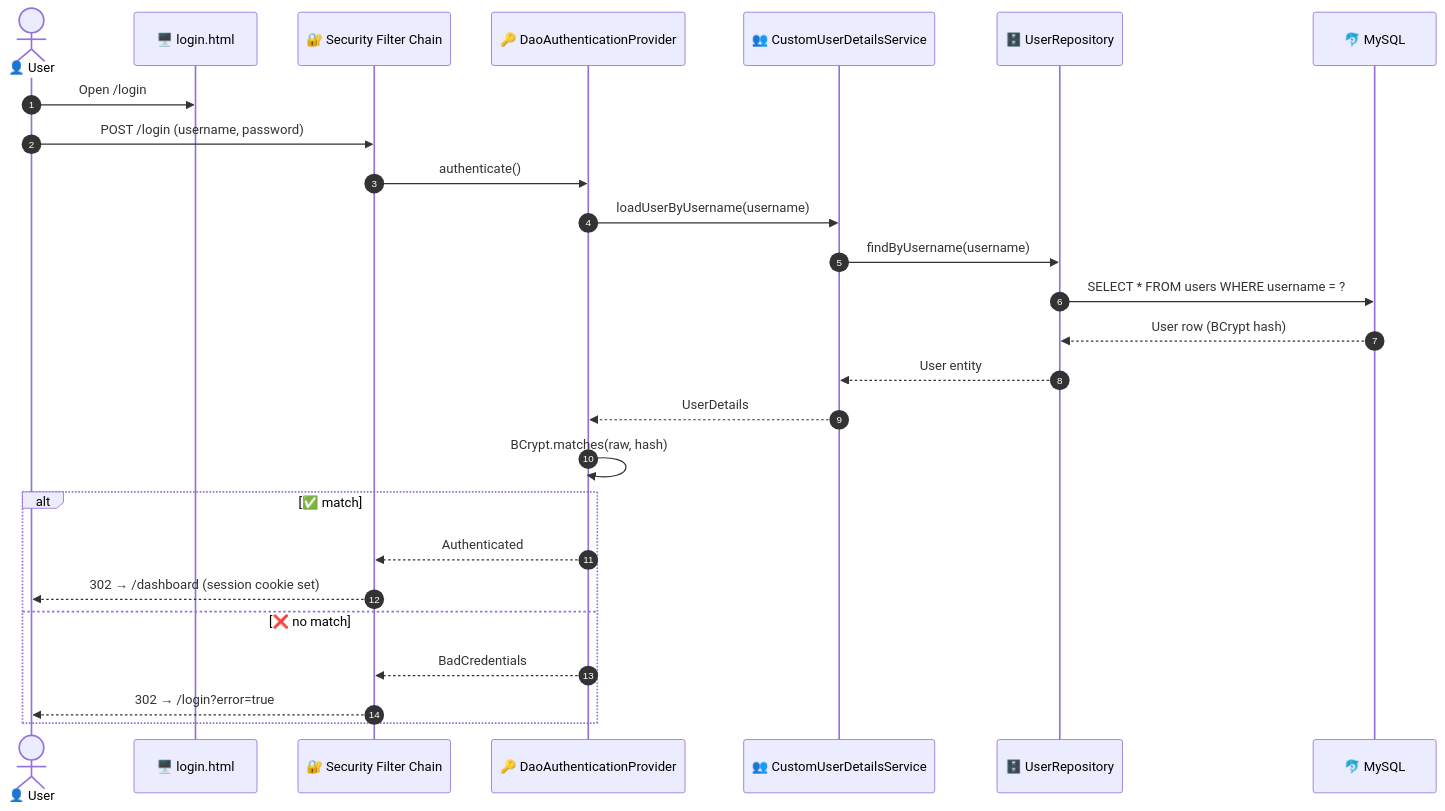
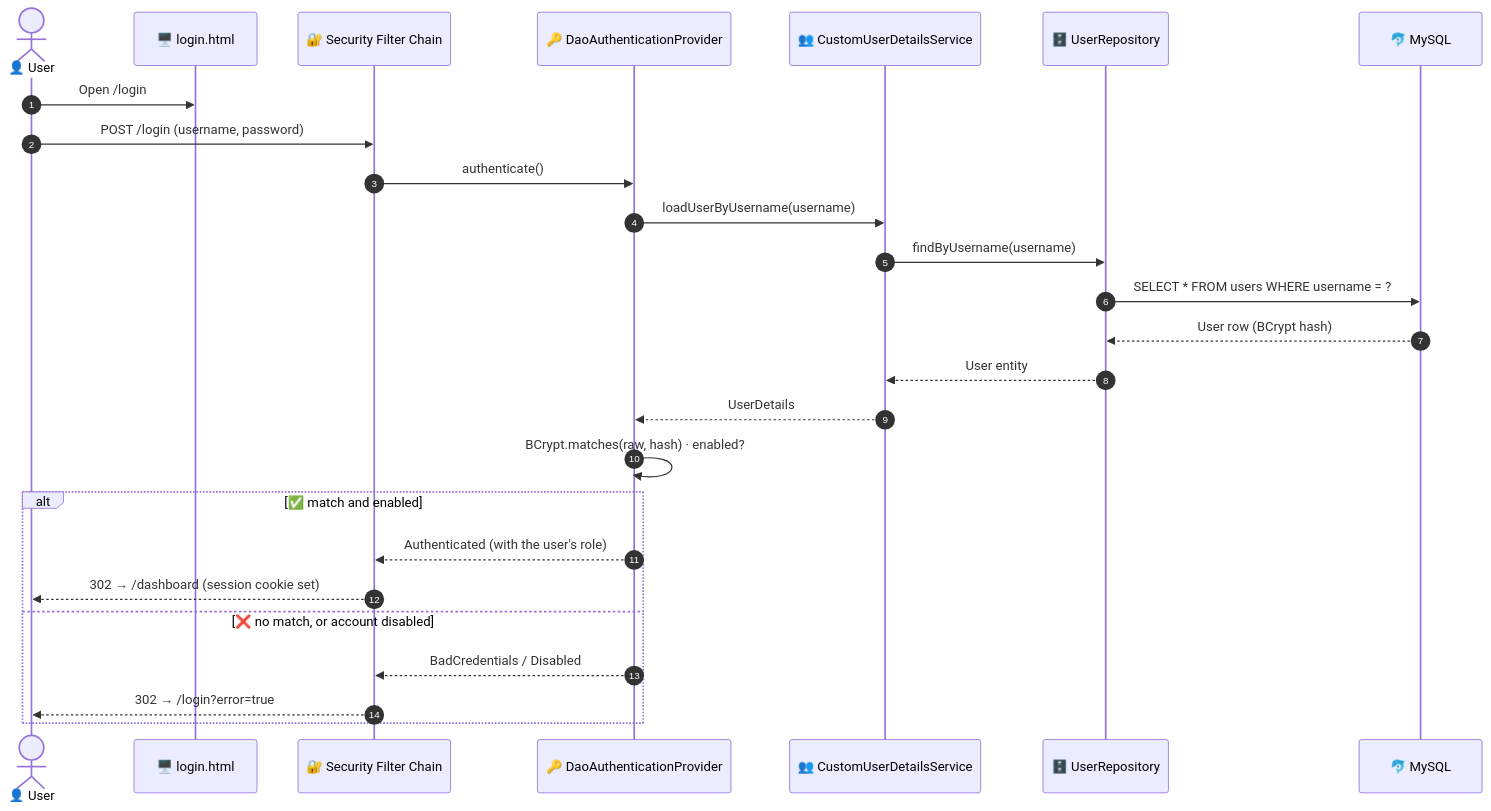
One commit to anurag-joshi-1403/StudentManagementSystem changed the fourth of 7 diagrams in README.md. Above: the diagram before and after it, drawn with Mermaid. The commit also changed other lines of this file and 59 other files, not shown here.

````diff
--- a/README.md
+++ b/README.md
@@ -240,29 +272,29 @@
 ```mermaid
 sequenceDiagram
     autonumber
     actor U as 👤 User
     participant L as 🖥️ login.html
     participant SF as 🔐 Security Filter Chain
     participant P as 🔑 DaoAuthenticationProvider
     participant UD as 👥 CustomUserDetailsService
     participant R as 🗄️ UserRepository
     participant DB as 🐬 MySQL
 
     U->>L: Open /login
     U->>SF: POST /login (username, password)
     SF->>P: authenticate()
     P->>UD: loadUserByUsername(username)
     UD->>R: findByUsername(username)
     R->>DB: SELECT * FROM users WHERE username = ?
     DB-->>R: User row (BCrypt hash)
     R-->>UD: User entity
     UD-->>P: UserDetails
-    P->>P: BCrypt.matches(raw, hash)
-    alt ✅ match
-        P-->>SF: Authenticated
+    P->>P: BCrypt.matches(raw, hash) · enabled?
+    alt ✅ match and enabled
+        P-->>SF: Authenticated (with the user's role)
         SF-->>U: 302 → /dashboard  (session cookie set)
-    else ❌ no match
-        P-->>SF: BadCredentials
+    else ❌ no match, or account disabled
+        P-->>SF: BadCredentials / Disabled
         SF-->>U: 302 → /login?error=true
     end
 ```
````
